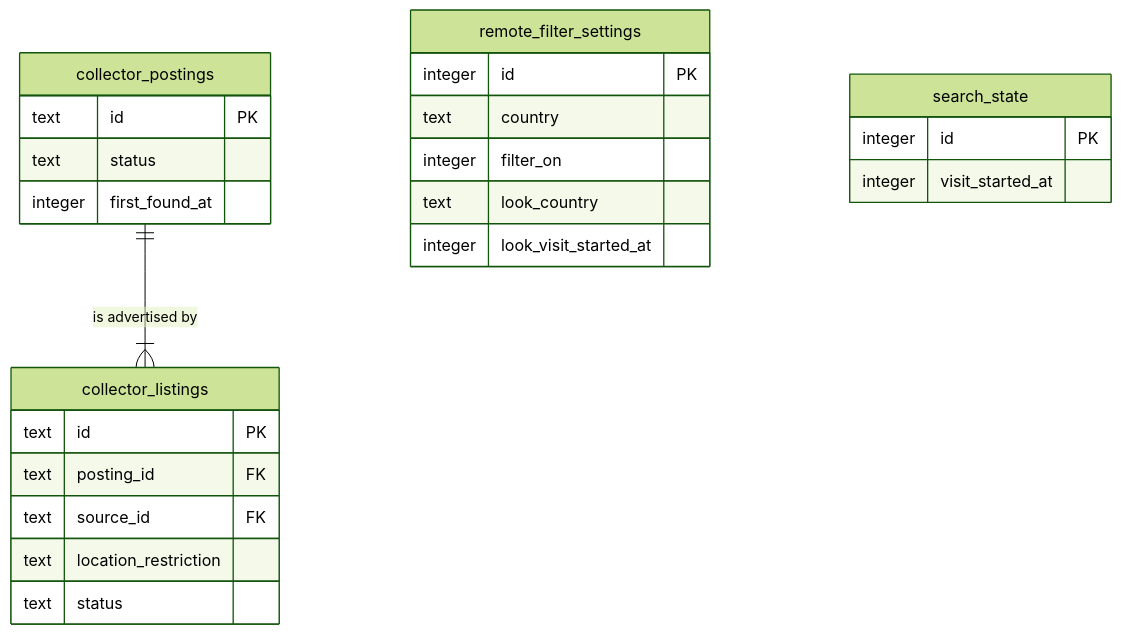
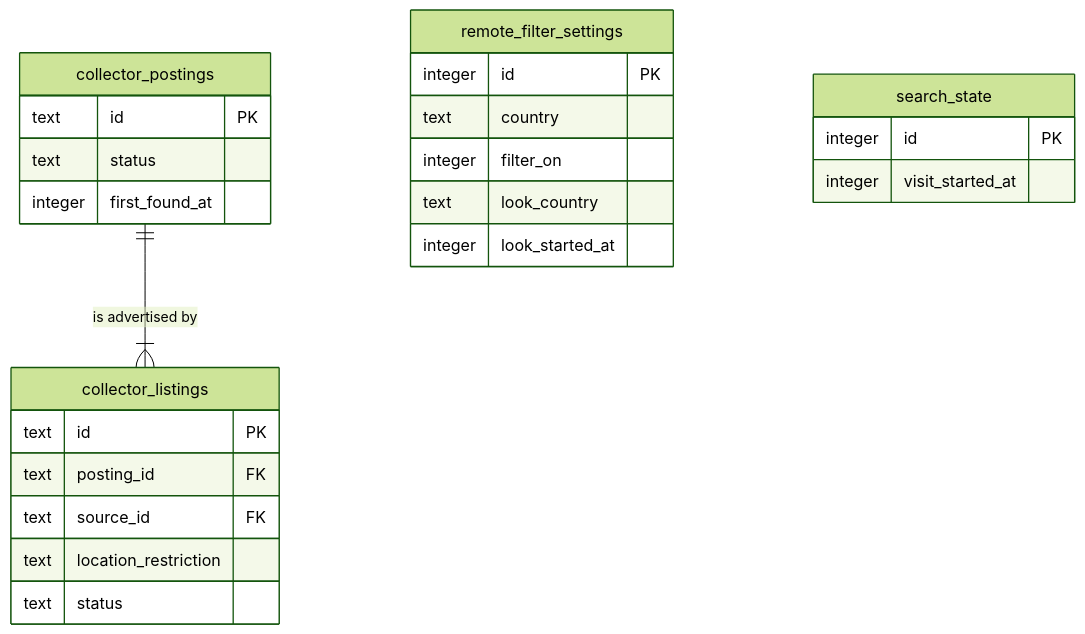
The diagram in docs/features/remote-filter/data-model.md (DeveloperFromUkraine/job-radar), drawn with Mermaid (forest theme) before and after one commit. The commit also changed other lines of this file and 5 other files, not shown here.

````diff
--- a/docs/features/remote-filter/data-model.md
+++ b/docs/features/remote-filter/data-model.md
@@ -28,28 +28,28 @@
 ```mermaid
 erDiagram
     collector_postings ||--|{ collector_listings : "is advertised by"
 
     remote_filter_settings {
         integer id PK
         text country
         integer filter_on
         text look_country
-        integer look_visit_started_at
+        integer look_started_at
     }
     search_state {
         integer id PK
         integer visit_started_at
     }
     collector_postings {
         text id PK
         text status
         integer first_found_at
     }
     collector_listings {
         text id PK
         text posting_id FK
         text source_id FK
         text location_restriction
         text status
     }
 ```
````
